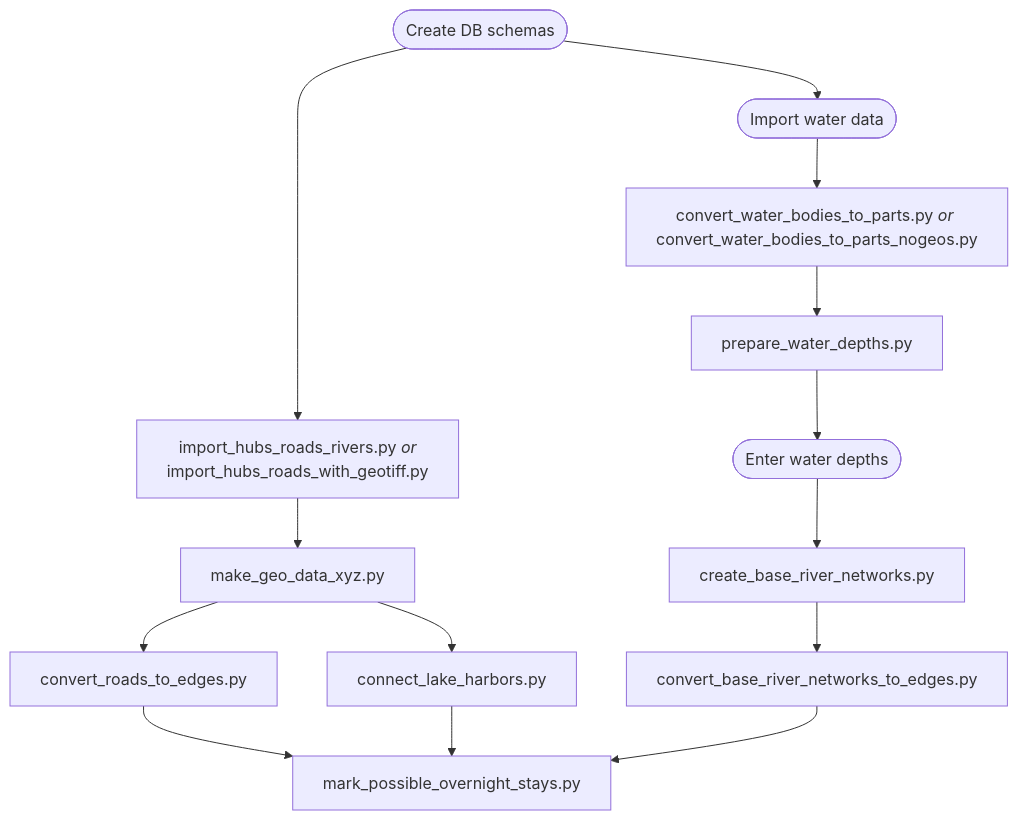
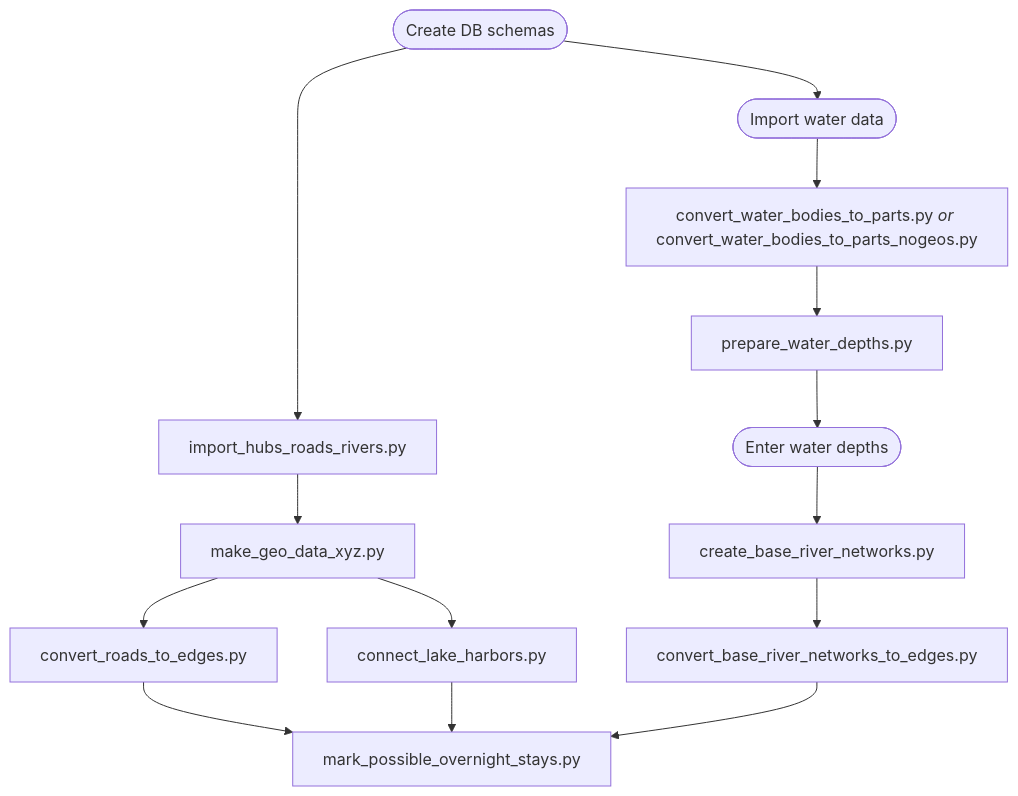
Before and after one commit to Simulation-of-Traffic-and-Transport/SiTT: the diagram in precalculation/README.md, drawn with Mermaid. The commit also changed other lines of this file and 2 other files, not shown here.

Commit message:
Cleanup: Removed importing with GeoTIFF, moved the relevant code to make_geo_data_xyz.py

````diff
--- a/precalculation/README.md
+++ b/precalculation/README.md
@@ -9,26 +9,25 @@
 ```mermaid
 flowchart TD
     schema(["Create DB schemas"])
     water(["Import water data"])
-    hubs_roads["`import_hubs_roads_rivers.py *or*
-    import_hubs_roads_with_geotiff.py`"]
+    hubs_roads_rivers["import_hubs_roads_rivers.py"]
     geo_data["make_geo_data_xyz.py"]
     convert_roads["convert_roads_to_edges.py"]
     convert_lakes["connect_lake_harbors.py"]
     convert_wb["`convert_water_bodies_to_parts.py *or* convert_water_bodies_to_parts_nogeos.py`"]
     prepare_water_depths["prepare_water_depths.py"]
     enter_depths(["Enter water depths"])
     base_river["create_base_river_networks.py"]
     river_edges["convert_base_river_networks_to_edges.py"]
     overnight_stays["mark_possible_overnight_stays.py"]
     
     schema --> water
-    schema --> hubs_roads
+    schema --> hubs_roads_rivers
     
 
-    hubs_roads --> geo_data
+    hubs_roads_rivers --> geo_data
     
     geo_data --> convert_roads --> overnight_stays
     geo_data --> convert_lakes --> overnight_stays
     water --> convert_wb --> prepare_water_depths --> enter_depths --> base_river --> river_edges --> overnight_stays
 ```
````
